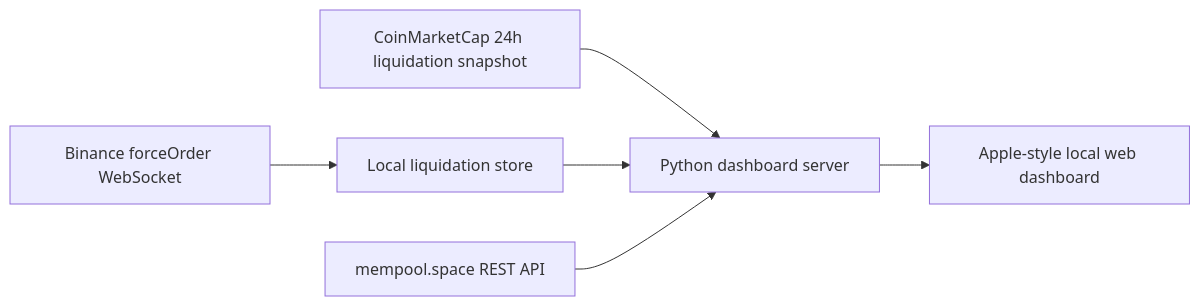
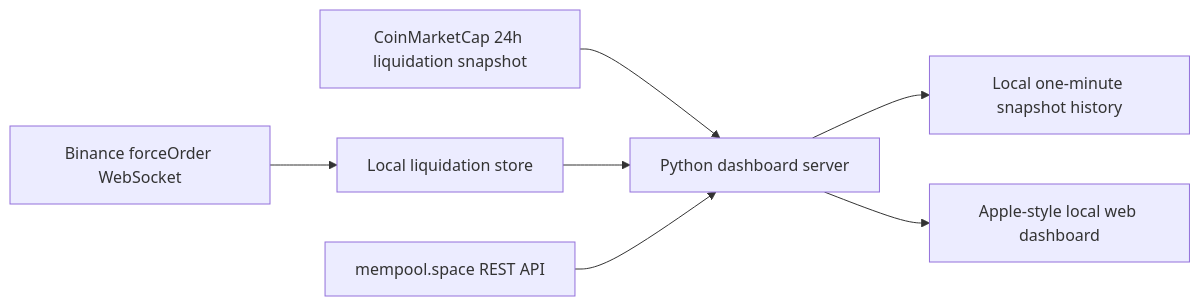
Before and after one commit to bry12349/bitcoin-liquidation-pulse: the diagram in README.md, drawn with Mermaid. The commit also changed other lines of this file and 14 other files, not shown here.

````diff
--- a/README.md
+++ b/README.md
@@ -37,8 +41,9 @@
 ```mermaid
 flowchart LR
   CMC["CoinMarketCap 24h liquidation snapshot"] --> API["Python dashboard server"]
   BINANCE["Binance forceOrder WebSocket"] --> STORE["Local liquidation store"]
   STORE --> API
   MEMPOOL["mempool.space REST API"] --> API
+  API --> HIST["Local one-minute snapshot history"]
   API --> UI["Apple-style local web dashboard"]
 ```
````
